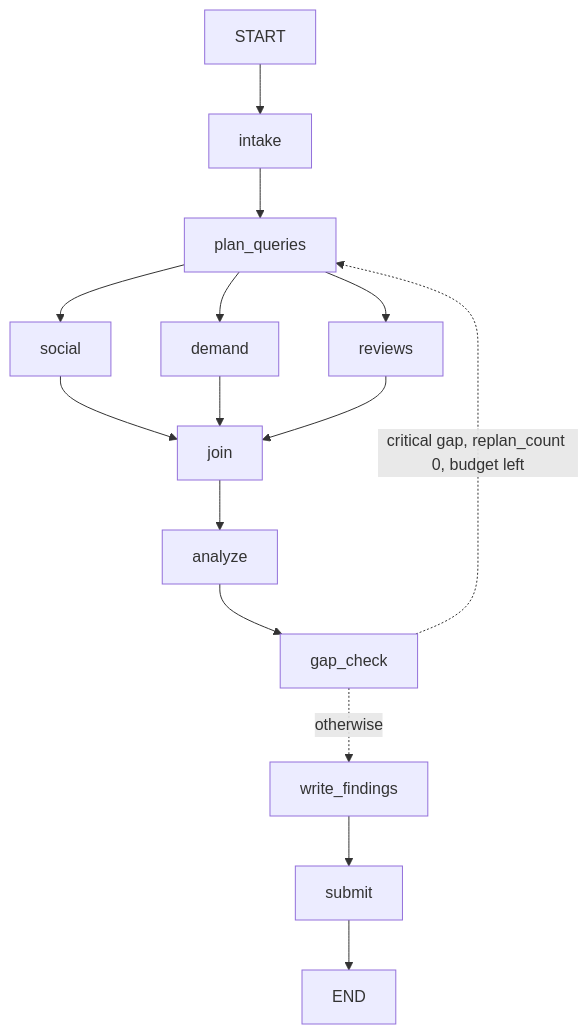
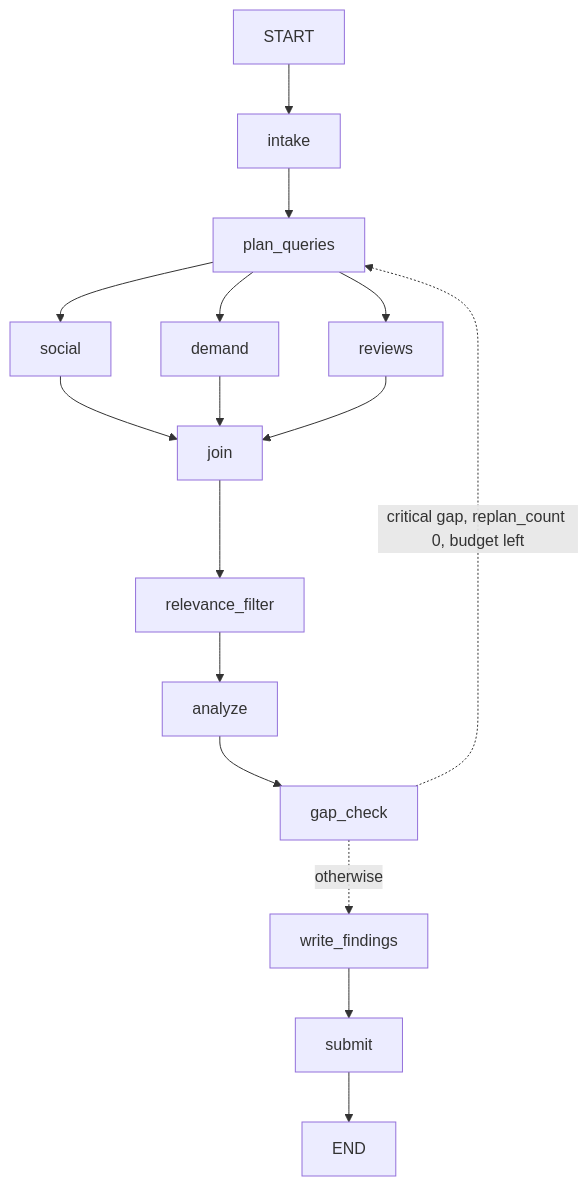
Before and after one commit to ali1soverseas/EDRAK: the first of 2 diagrams in backend/src/edrak/agents/customer_trends/docs/ARCHITECTURE.md, drawn with Mermaid. The commit also changed other lines of this file and 12 other files, not shown here.

````diff
--- a/backend/src/edrak/agents/customer_trends/docs/ARCHITECTURE.md
+++ b/backend/src/edrak/agents/customer_trends/docs/ARCHITECTURE.md
@@ -369,17 +458,18 @@
 ```mermaid
 flowchart TD
     START --> intake
     intake --> plan_queries
     plan_queries --> social
     plan_queries --> demand
     plan_queries --> reviews
     social --> join
     demand --> join
     reviews --> join
-    join --> analyze
+    join --> relevance_filter
+    relevance_filter --> analyze
     analyze --> gap_check
     gap_check -.->|critical gap, replan_count 0, budget left| plan_queries
     gap_check -.->|otherwise| write_findings
     write_findings --> submit
     submit --> END
 ```
````
